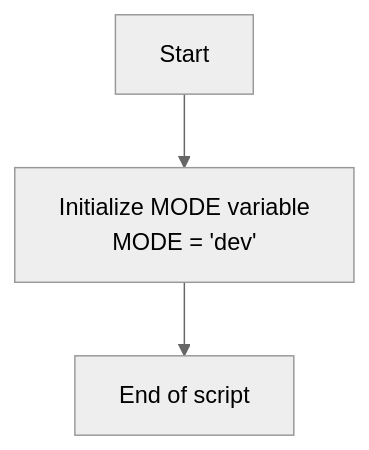
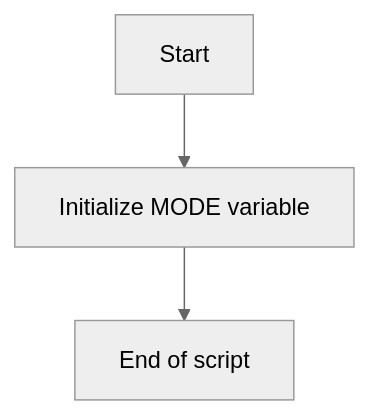
Before and after one commit to hypo69/hypo: the diagram in docs/gemini/ru/explainer/src/_examples/quick_start.py.md, drawn with Mermaid (neutral theme). The commit also changed other lines of this file and 6031 other files, not shown here.

````diff
--- a/docs/gemini/ru/explainer/src/_examples/quick_start.py.md
+++ b/docs/gemini/ru/explainer/src/_examples/quick_start.py.md
@@ -20,5 +20,5 @@
 ```mermaid
 flowchart TD
-    Start --> InitializeModeVariable[Initialize MODE variable <br> MODE = 'dev']
+    Start --> InitializeModeVariable[Initialize MODE variable <br> ]
     InitializeModeVariable --> End[End of script]
 ```
````
